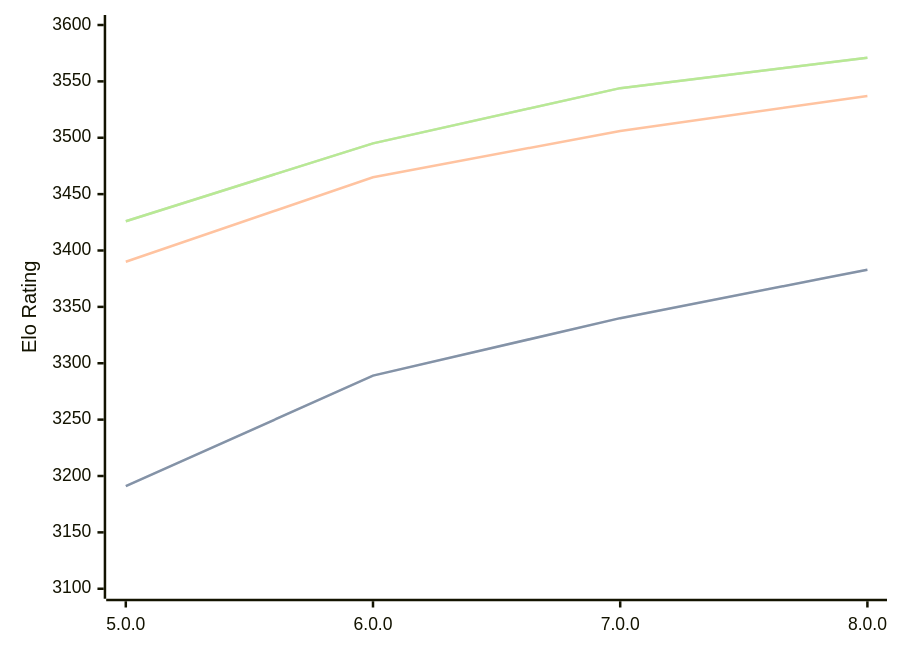
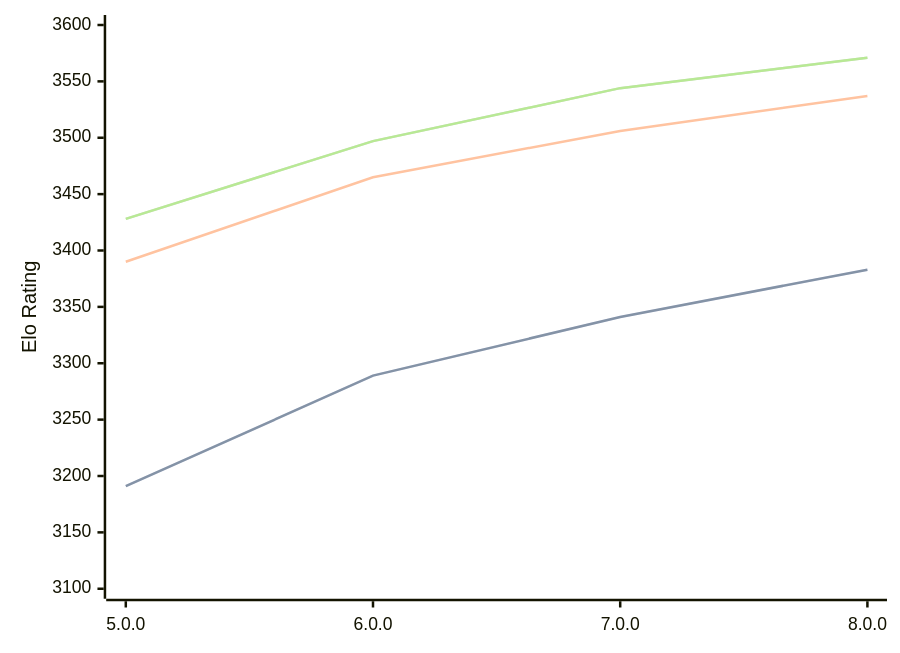
Before and after one commit to computer-chess-index/cci: the diagram in engines/Stormphrax.md, drawn with Mermaid. The commit also changed other lines of this file, not shown here.

Commit message:
Update CCI Ratings (ELO VLTC) - 2026-08-10

````diff
--- a/engines/Stormphrax.md
+++ b/engines/Stormphrax.md
@@ -34,11 +34,11 @@
 ```mermaid
 %%{init: {"theme":"base","themeVariables":{"seriesColors:['#a3a3a3','#222221','#faa371']}}}%%
 xychart-beta
   x-axis ["5.0.0", "6.0.0", "7.0.0", "8.0.0"]
   y-axis "Elo Rating" 3100 --> 3600
-  line "STC (8.0+0.08s)" [3191, 3289, 3340, 3383]
-  line "STC (8.0+0.08s)" [3191, 3289, 3340, 3383]
+  line "STC (8.0+0.08s)" [3191, 3289, 3341, 3383]
+  line "STC (8.0+0.08s)" [3191, 3289, 3341, 3383]
   line "LTC (60.0+0.60s)" [3390, 3465, 3506, 3537]
-  line "VLTC (2m24s+1.12s)" [3426, 3495, 3544, 3571]
-  line "VLTC (2m24s+1.12s)" [3426, 3495, 3544, 3571]
+  line "VLTC (2m24s+1.12s)" [3428, 3497, 3544, 3571]
+  line "VLTC (2m24s+1.12s)" [3428, 3497, 3544, 3571]
 ```
````
